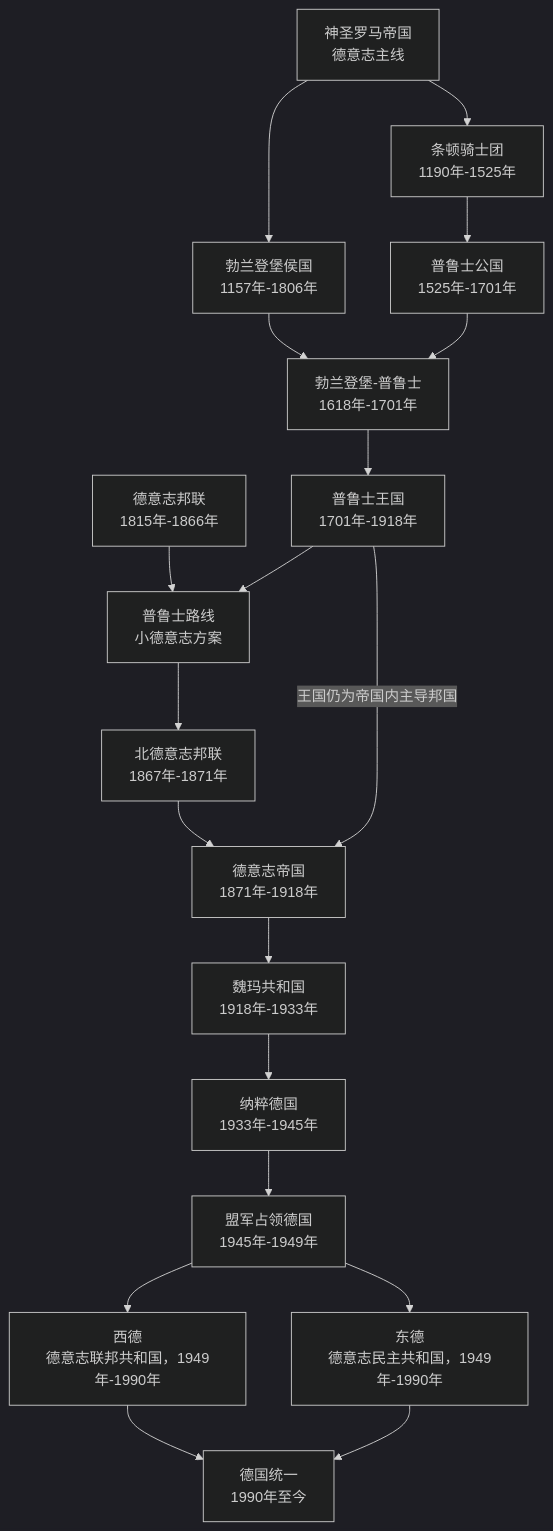
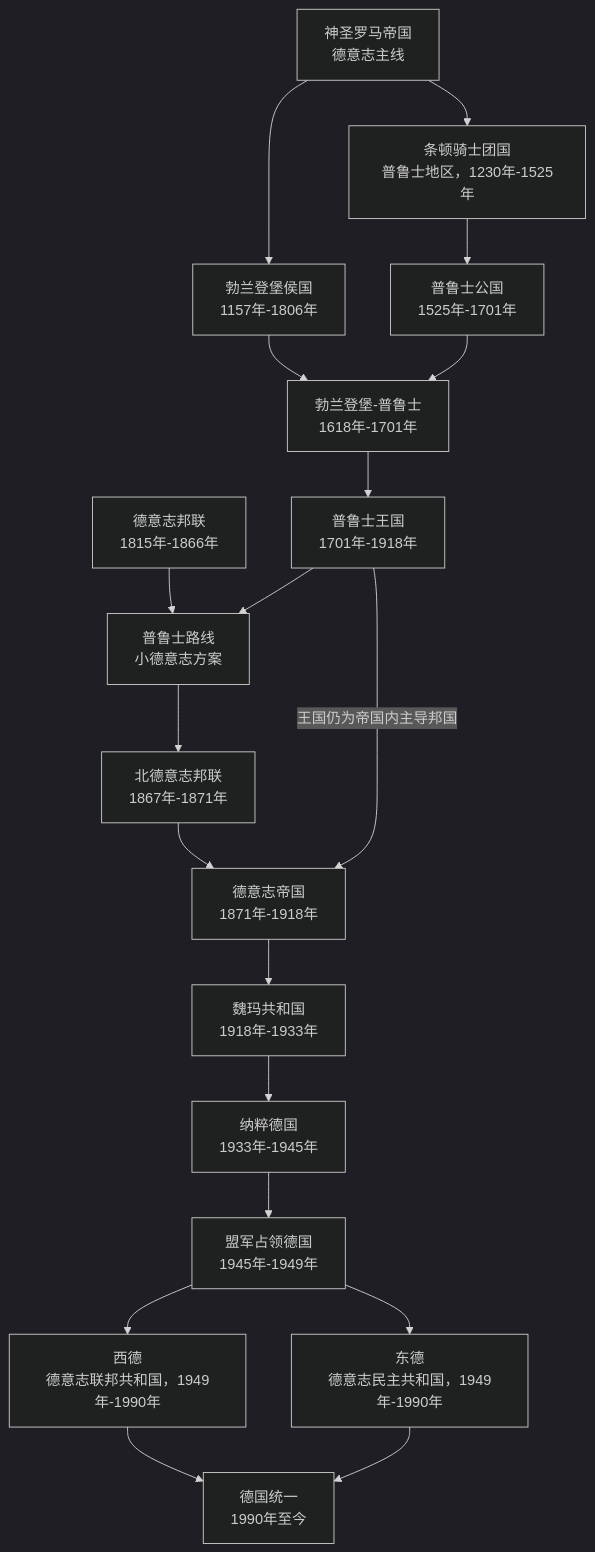
The diagram in 人文科学/历史/欧洲/德意志/德国/README.md (tianlan-dev/learning-notes), drawn with Mermaid (dark theme) before and after one commit. The commit also changed other lines of this file and 180 other files, not shown here.

````diff
--- a/人文科学/历史/欧洲/德意志/德国/README.md
+++ b/人文科学/历史/欧洲/德意志/德国/README.md
@@ -9,22 +9,22 @@
 ```mermaid
 flowchart TD
     A["神圣罗马帝国<br/>德意志主线"] --> B1["勃兰登堡侯国<br/>1157年-1806年"]
-    A --> B2["条顿骑士团<br/>1190年-1525年"]
+    A --> B2["条顿骑士团国<br/>普鲁士地区，1230年-1525年"]
     B2 --> C2["普鲁士公国<br/>1525年-1701年"]
     B1 --> D["勃兰登堡-普鲁士<br/>1618年-1701年"]
     C2 --> D
     D --> E["普鲁士王国<br/>1701年-1918年"]
 
     F["德意志邦联<br/>1815年-1866年"] --> G["普鲁士路线<br/>小德意志方案"]
     E --> G
     G --> H["北德意志邦联<br/>1867年-1871年"]
     H --> I["德意志帝国<br/>1871年-1918年"]
     E -->|王国仍为帝国内主导邦国| I
     I --> J["魏玛共和国<br/>1918年-1933年"]
     J --> K["纳粹德国<br/>1933年-1945年"]
     K --> L["盟军占领德国<br/>1945年-1949年"]
     L --> M1["西德<br/>德意志联邦共和国，1949年-1990年"]
     L --> M2["东德<br/>德意志民主共和国，1949年-1990年"]
     M1 --> N["德国统一<br/>1990年至今"]
     M2 --> N
 ```
````
